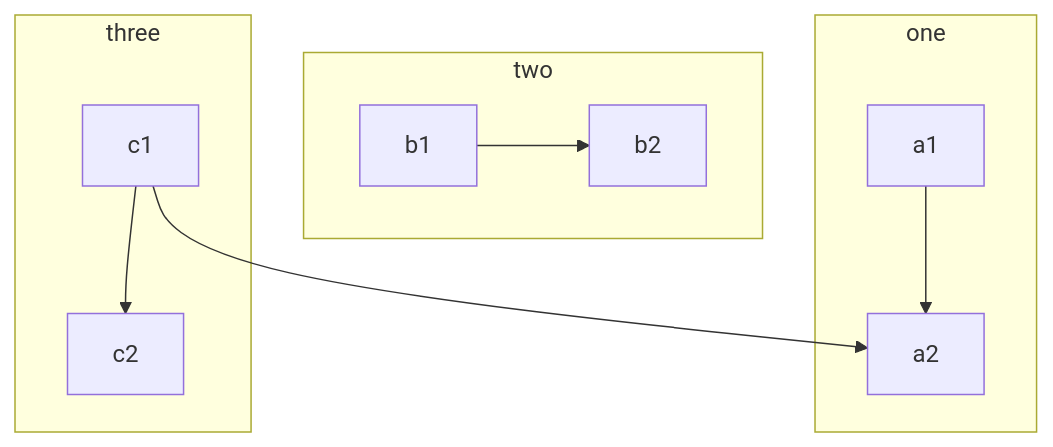
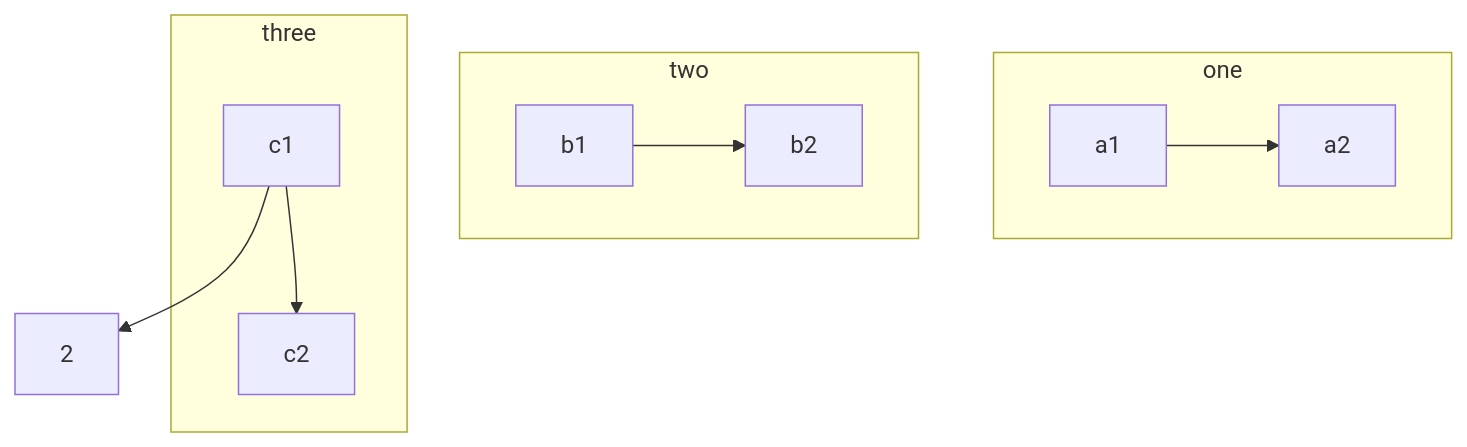
One commit to gerbssusd/dok changed the diagram in slides.md. Above: the diagram before and after it, drawn with Mermaid.

````diff
--- a/slides.md
+++ b/slides.md
@@ -217,19 +217,19 @@
 ```mermaid
 flowchart TB
-    c1-->a2
+    c1-->2
     subgraph one
     a1-->a2
     end
     subgraph two
     b1-->b2
     end
     subgraph three
     c1 --> c2
     end
 
 
 
 
 
 
 ```
````
